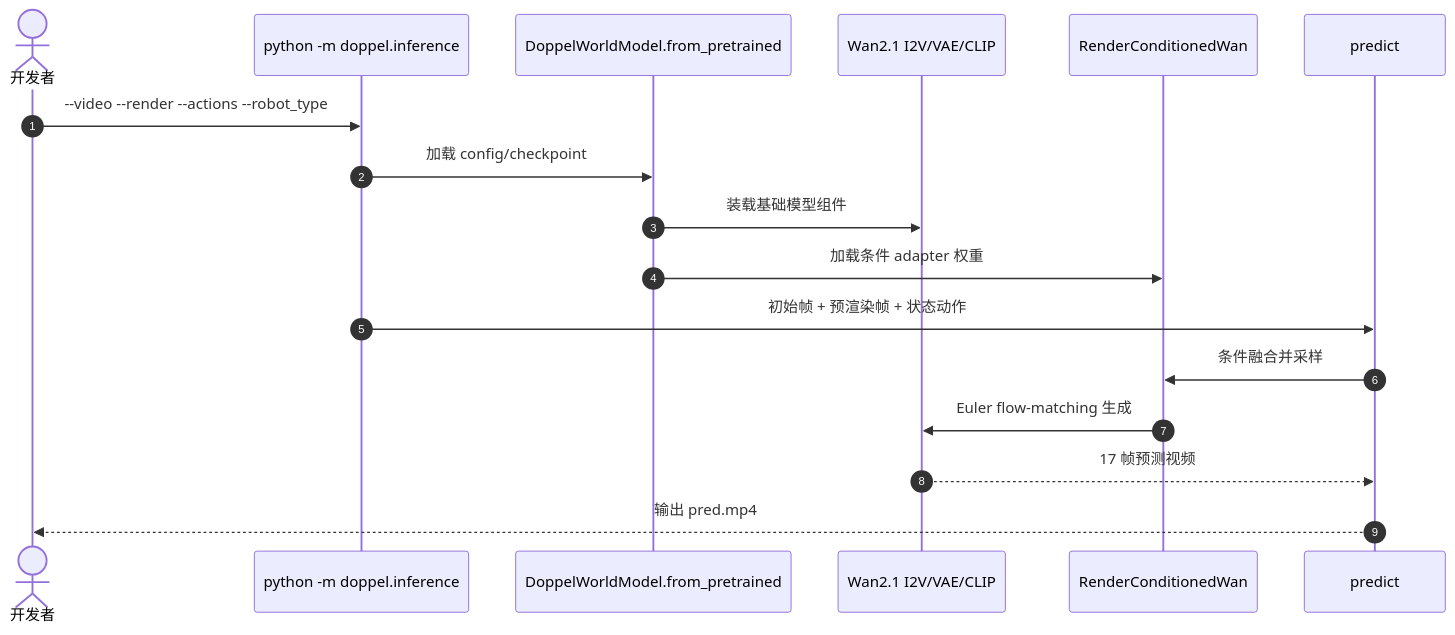
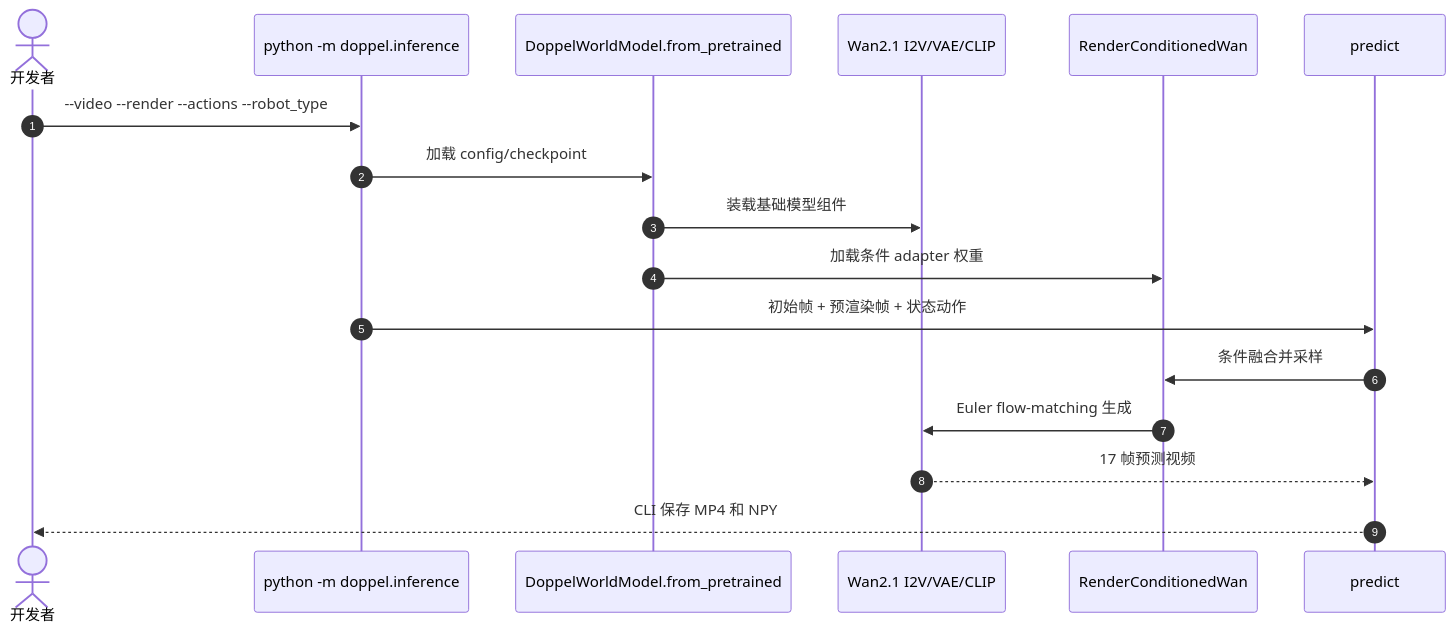
Before and after one commit to ImChong/Robotics_Notebooks: the second of 3 diagrams in wiki/entities/paper-doppel.md, drawn with Mermaid. The commit also changed other lines of this file and 5 other files, not shown here.

````diff
--- a/wiki/entities/paper-doppel.md
+++ b/wiki/entities/paper-doppel.md
@@ -69,19 +69,19 @@
 ```mermaid
 sequenceDiagram
   autonumber
   actor Dev as 开发者
   participant CLI as python -m doppel.inference
   participant Model as DoppelWorldModel.from_pretrained
   participant Wan as Wan2.1 I2V/VAE/CLIP
   participant Adapter as RenderConditionedWan
   participant Pred as predict
   Dev->>CLI: --video --render --actions --robot_type
   CLI->>Model: 加载 config/checkpoint
   Model->>Wan: 装载基础模型组件
   Model->>Adapter: 加载条件 adapter 权重
   CLI->>Pred: 初始帧 + 预渲染帧 + 状态动作
   Pred->>Adapter: 条件融合并采样
   Adapter->>Wan: Euler flow-matching 生成
   Wan-->>Pred: 17 帧预测视频
-  Pred-->>Dev: 输出 pred.mp4
+  Pred-->>Dev: CLI 保存 MP4 和 NPY
 ```
````
